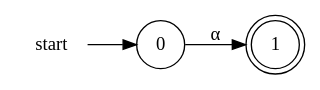
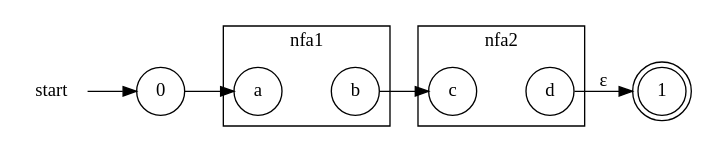
Before and after one commit to Lotes/how-to-build-a-lexer: the diagram in docs/2-nfa-concatenation.gv, drawn with Graphviz.

```diff
--- a/docs/2-nfa-concatenation.gv
+++ b/docs/2-nfa-concatenation.gv
@@ -1,9 +1,21 @@
 digraph G {
   rankdir=LR;
   node [shape=circle]
   start [shape=none]
   0
   1 [shape=doublecircle]
+  subgraph cluster0 {
+      label="nfa1"
+      rankdir=LR;
+      a -> b [style=invis]
+  }
+  subgraph cluster1 {
+      label="nfa2"
+      rankdir=LR;
+      c -> d [style=invis]
+  }
   start -> 0 [label=""]
-  0 -> 1 [label="&alpha;"]
+  0 -> a
+  b -> c
+  d -> 1 [label="&epsilon;"]
 }
```
